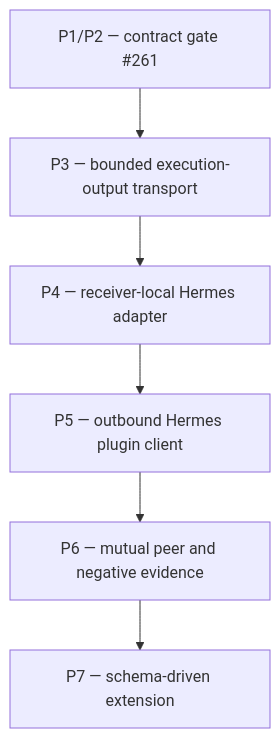
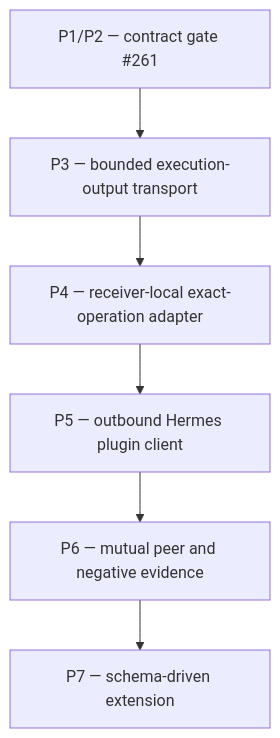
Before and after one commit to ZenithResearch/secS-magik: the diagram in docs/plans/2026-07-18-secs-hermes-peer-chat-dag.md, drawn with Mermaid. The commit also changed other lines of this file and 4 other files, not shown here.

````diff
--- a/docs/plans/2026-07-18-secs-hermes-peer-chat-dag.md
+++ b/docs/plans/2026-07-18-secs-hermes-peer-chat-dag.md
@@ -15,15 +15,15 @@
 ```mermaid
 graph TD
   P12[P1/P2 — contract gate #261]
   P3[P3 — bounded execution-output transport]
-  P4[P4 — receiver-local Hermes adapter]
+  P4[P4 — receiver-local exact-operation adapter]
   P5[P5 — outbound Hermes plugin client]
   P6[P6 — mutual peer and negative evidence]
   P7[P7 — schema-driven extension]
 
   P12 --> P3
   P3 --> P4
   P4 --> P5
   P5 --> P6
   P6 --> P7
 ```
````
